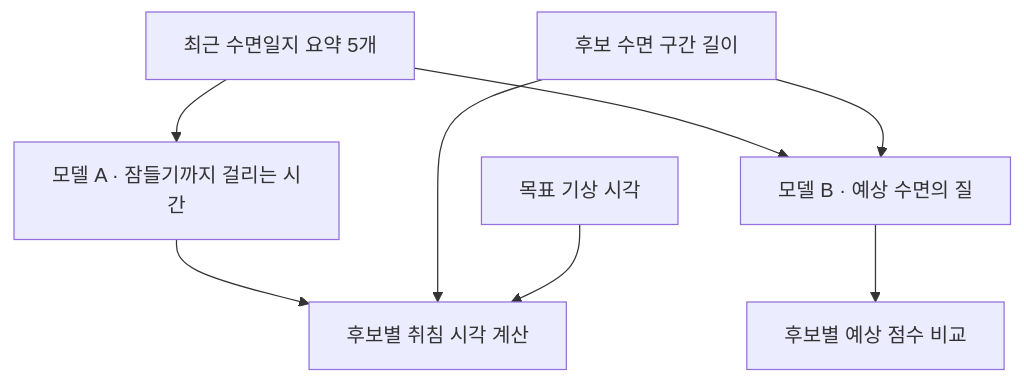
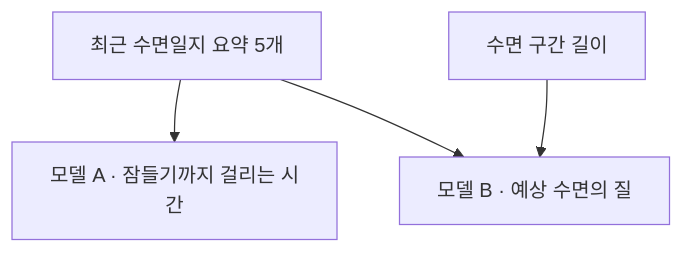
One commit to Nataewoo/AIX-deep-learning-final-project changed the first of 2 diagrams in Technical Blog.md. Above: the diagram before and after it, drawn with Mermaid. The commit also changed other lines of this file, not shown here.

````diff
--- a/Technical Blog.md
+++ b/Technical Blog.md
@@ -108,10 +108,6 @@
 ```mermaid
 flowchart TD
     H["최근 수면일지 요약 5개"] --> A["모델 A · 잠들기까지 걸리는 시간"]
     H --> B["모델 B · 예상 수면의 질"]
-    C["후보 수면 구간 길이"] --> B
-    A --> T["후보별 취침 시각 계산"]
-    C --> T
-    G["목표 기상 시각"] --> T
-    B --> S["후보별 예상 점수 비교"]
+    C["수면 구간 길이"] --> B
 ```
````
